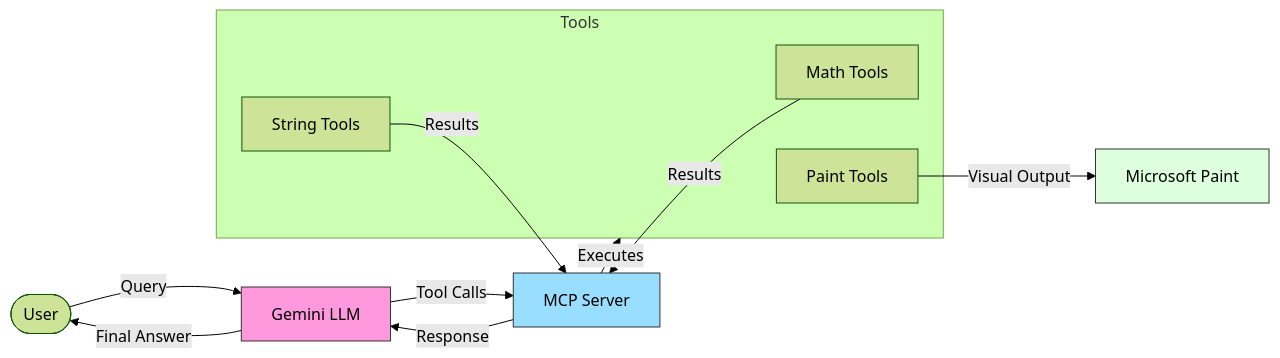
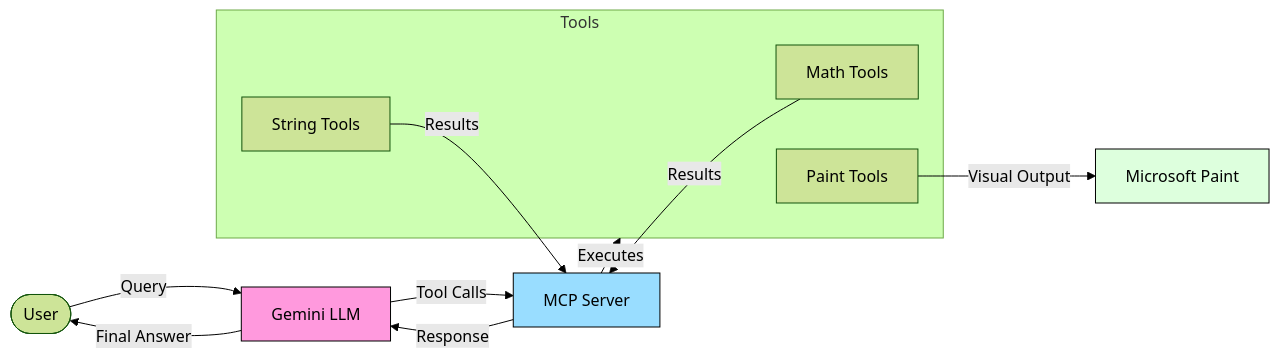
Before and after one commit to garima-mahato/ERA_V3: the first of 3 diagrams in Session25/README.md, drawn with Mermaid (forest theme).

````diff
--- a/Session25/README.md
+++ b/Session25/README.md
@@ -11,23 +11,23 @@
 ```mermaid
 graph LR
     User([User]) --> |Query| LLM[Gemini LLM]
     LLM --> |Tool Calls| MCP[MCP Server]
     
     subgraph Tools
         Math[Math Tools]
         String[String Tools]
         Paint[Paint Tools]
     end
     
     MCP --> |Executes| Tools
     Math --> |Results| MCP
     String --> |Results| MCP
     Paint --> |Visual Output| MSPaint[Microsoft Paint]
     
     MCP --> |Response| LLM
     LLM --> |Final Answer| User
 
-    style LLM fill:#f9d,stroke:#333
-    style MCP fill:#9df,stroke:#333
-    style MSPaint fill:#dfd,stroke:#333
+    style LLM fill:#f9d,stroke:#000
+    style MCP fill:#9df,stroke:#000
+    style MSPaint fill:#dfd,stroke:#000
 ```
````
